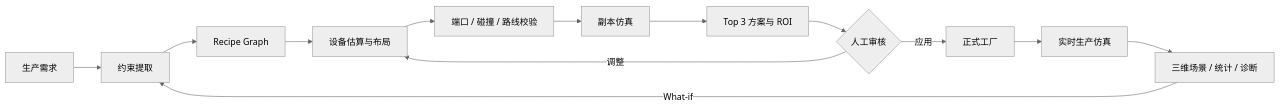
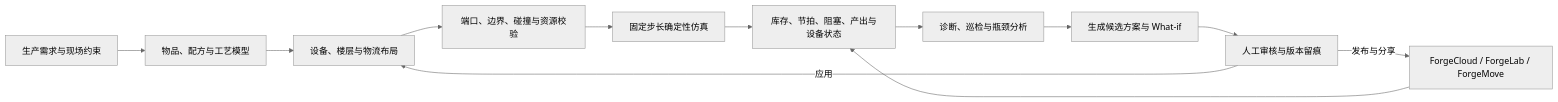
The first of 9 diagrams in README.md (YJsnz/forgemind), drawn with Mermaid (neutral theme) before and after one commit. The commit also changed other lines of this file and 694 other files, not shown here.

````diff
--- a/README.md
+++ b/README.md
@@ -24,15 +57,14 @@
 ```mermaid
 flowchart LR
-    A[生产需求] --> B[约束提取]
-    B --> C[Recipe Graph]
-    C --> D[设备估算与布局]
-    D --> E[端口 / 碰撞 / 路线校验]
-    E --> F[副本仿真]
-    F --> G[Top 3 方案与 ROI]
-    G --> H{人工审核}
-    H -->|应用| I[正式工厂]
-    I --> J[实时生产仿真]
-    J --> K[三维场景 / 统计 / 诊断]
-    K -->|What-if| B
-    H -->|调整| D
+    brief[生产需求与现场约束] --> model[物品、配方与工艺模型]
+    model --> layout[设备、楼层与物流布局]
+    layout --> validate[端口、边界、碰撞与资源校验]
+    validate --> simulate[固定步长确定性仿真]
+    simulate --> observe[库存、节拍、阻塞、产出与设备状态]
+    observe --> diagnose[诊断、巡检与瓶颈分析]
+    diagnose --> propose[生成候选方案与 What-if]
+    propose --> review[人工审核与版本留痕]
+    review -->|应用| layout
+    review -->|发布与分享| ecosystem[ForgeCloud / ForgeLab / ForgeMove]
+    ecosystem --> observe
 ```
````
